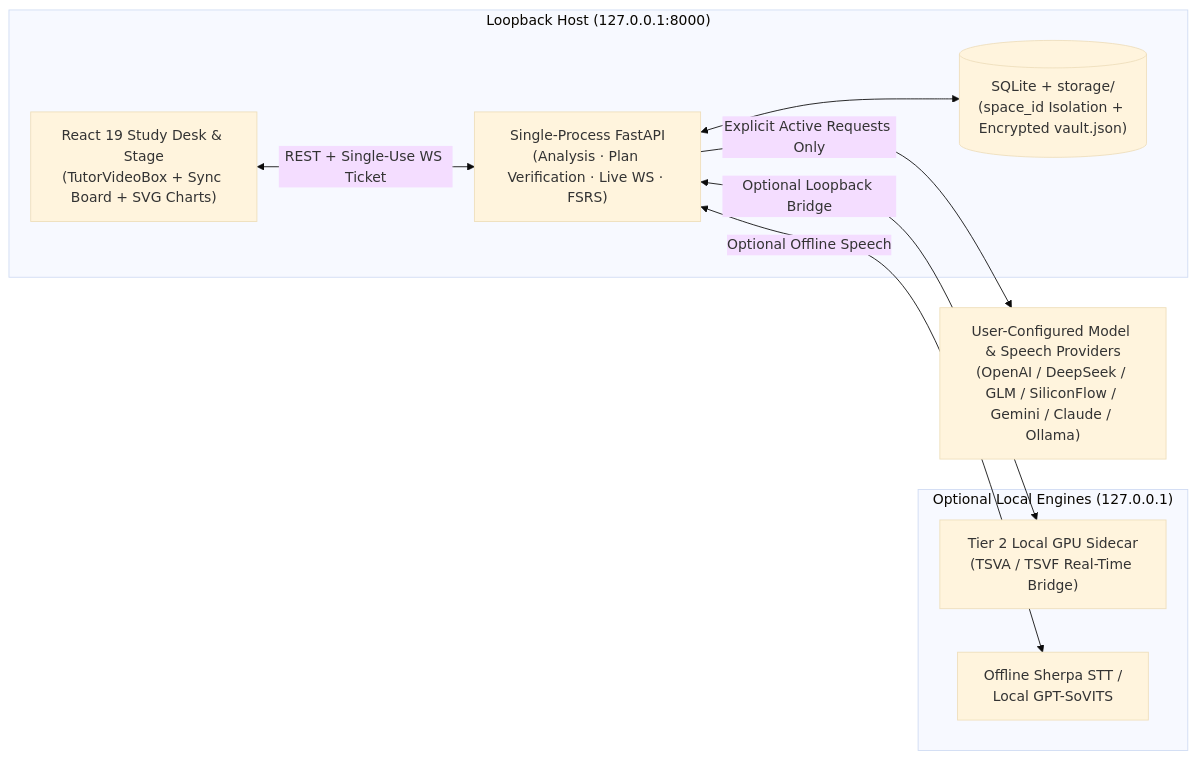
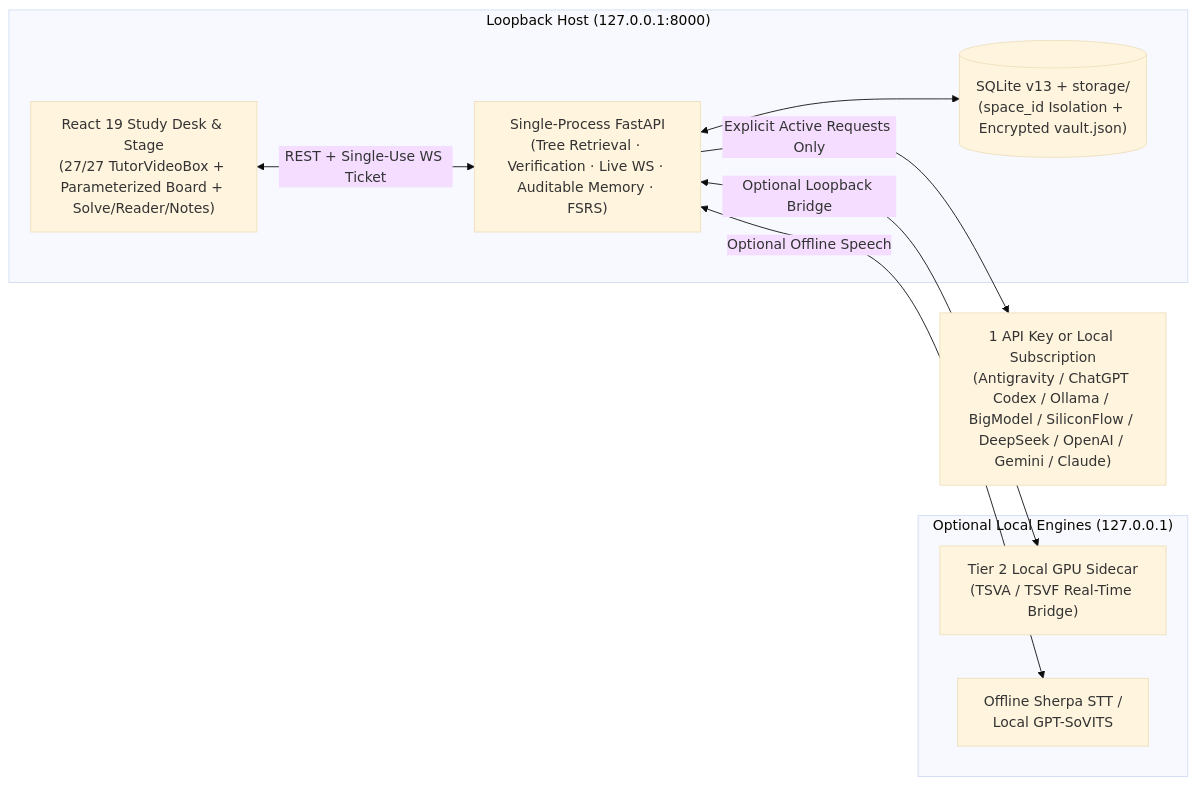
Before and after one commit to Johnson-Durui/Companion-Space: the diagram in README.en.md, drawn with Mermaid (base theme). The commit also changed other lines of this file and 22 other files, not shown here.

````diff
--- a/README.en.md
+++ b/README.en.md
@@ -194,21 +253,21 @@
 ```mermaid
 flowchart LR
   subgraph Local["Loopback Host (127.0.0.1:8000)"]
-    UI["React 19 Study Desk & Stage\n(TutorVideoBox + Sync Board + SVG Charts)"]
-    API["Single-Process FastAPI\n(Analysis · Plan Verification · Live WS · FSRS)"]
-    DB[("SQLite + storage/\n(space_id Isolation + Encrypted vault.json)")]
+    UI["React 19 Study Desk & Stage\n(27/27 TutorVideoBox + Parameterized Board + Solve/Reader/Notes)"]
+    API["Single-Process FastAPI\n(Tree Retrieval · Verification · Live WS · Auditable Memory · FSRS)"]
+    DB[("SQLite v13 + storage/\n(space_id Isolation + Encrypted vault.json)")]
     UI <-->|"REST + Single-Use WS Ticket"| API
     API <--> DB
   end
 
   subgraph OptionalLocal["Optional Local Engines (127.0.0.1)"]
     Sidecar["Tier 2 Local GPU Sidecar\n(TSVA / TSVF Real-Time Bridge)"]
     VoiceLocal["Offline Sherpa STT /\nLocal GPT-SoVITS"]
   end
 
-  Providers["User-Configured Model & Speech Providers\n(OpenAI / DeepSeek / GLM / SiliconFlow / Gemini / Claude / Ollama)"]
+  Providers["1 API Key or Local Subscription\n(Antigravity / ChatGPT Codex / Ollama / BigModel / SiliconFlow / DeepSeek / OpenAI / Gemini / Claude)"]
 
   API <-->|"Optional Loopback Bridge"| Sidecar
   API <-->|"Optional Offline Speech"| VoiceLocal
   API -->|"Explicit Active Requests Only"| Providers
 ```
````
